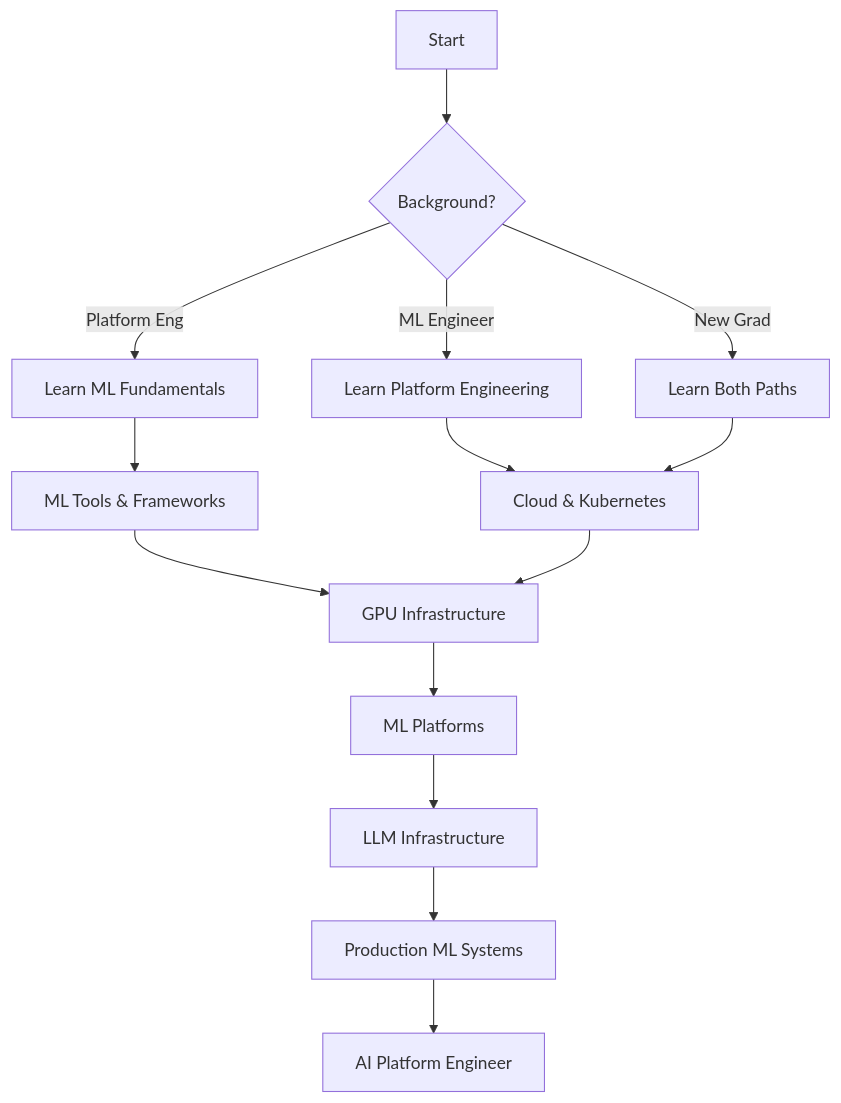
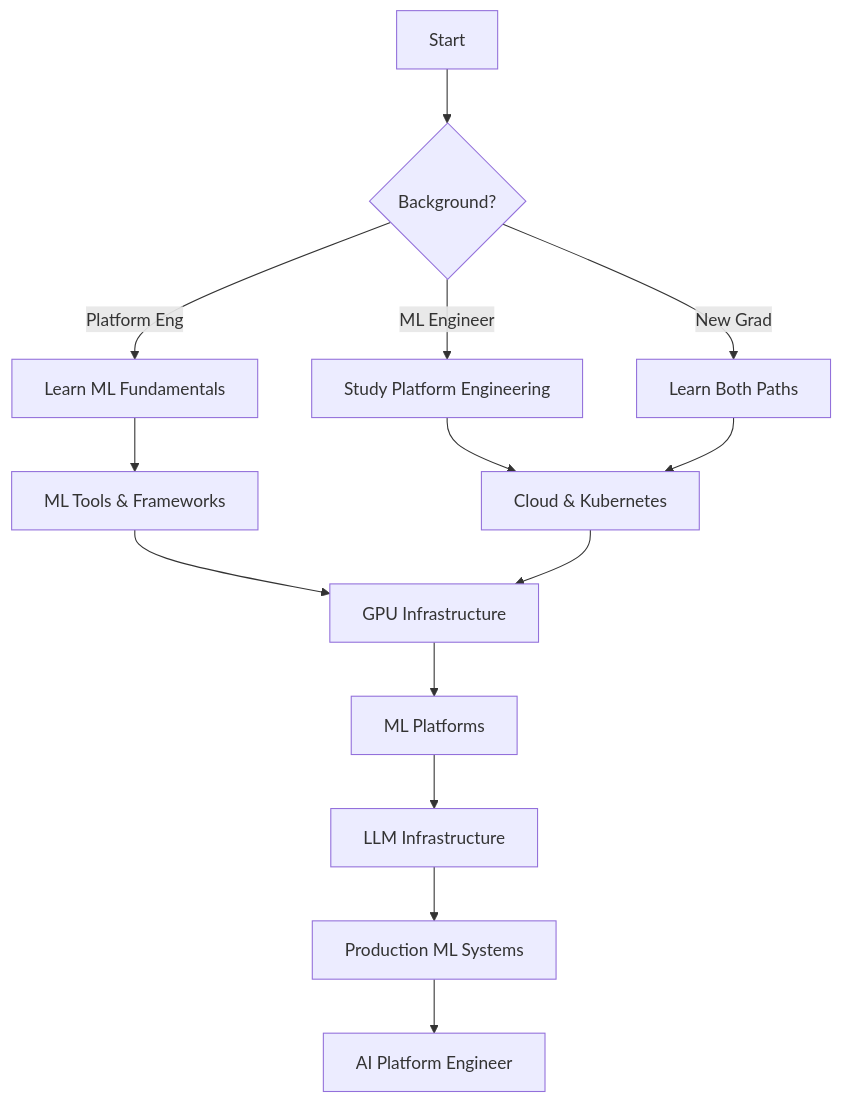
The diagram in docs/career/ai-platform-roadmap.md (vibesre/Platform-Engineering-Playbook), drawn with Mermaid before and after one commit. The commit also changed 19 other files, not shown here.

First line of the commit message:
Remove Learn Platform Engineering section

````diff
--- a/docs/career/ai-platform-roadmap.md
+++ b/docs/career/ai-platform-roadmap.md
@@ -18,20 +18,20 @@
 ```mermaid
 graph TD
     A[Start] --> B{Background?}
     B -->|Platform Eng| C[Learn ML Fundamentals]
-    B -->|ML Engineer| D[Learn Platform Engineering]
+    B -->|ML Engineer| D[Study Platform Engineering]
     B -->|New Grad| E[Learn Both Paths]
     
     C --> F[ML Tools & Frameworks]
     D --> G[Cloud & Kubernetes]
     E --> G
     
     F --> H[GPU Infrastructure]
     G --> H
     
     H --> I[ML Platforms]
     I --> J[LLM Infrastructure]
     J --> K[Production ML Systems]
     
     K --> L[AI Platform Engineer]
 ```
````
